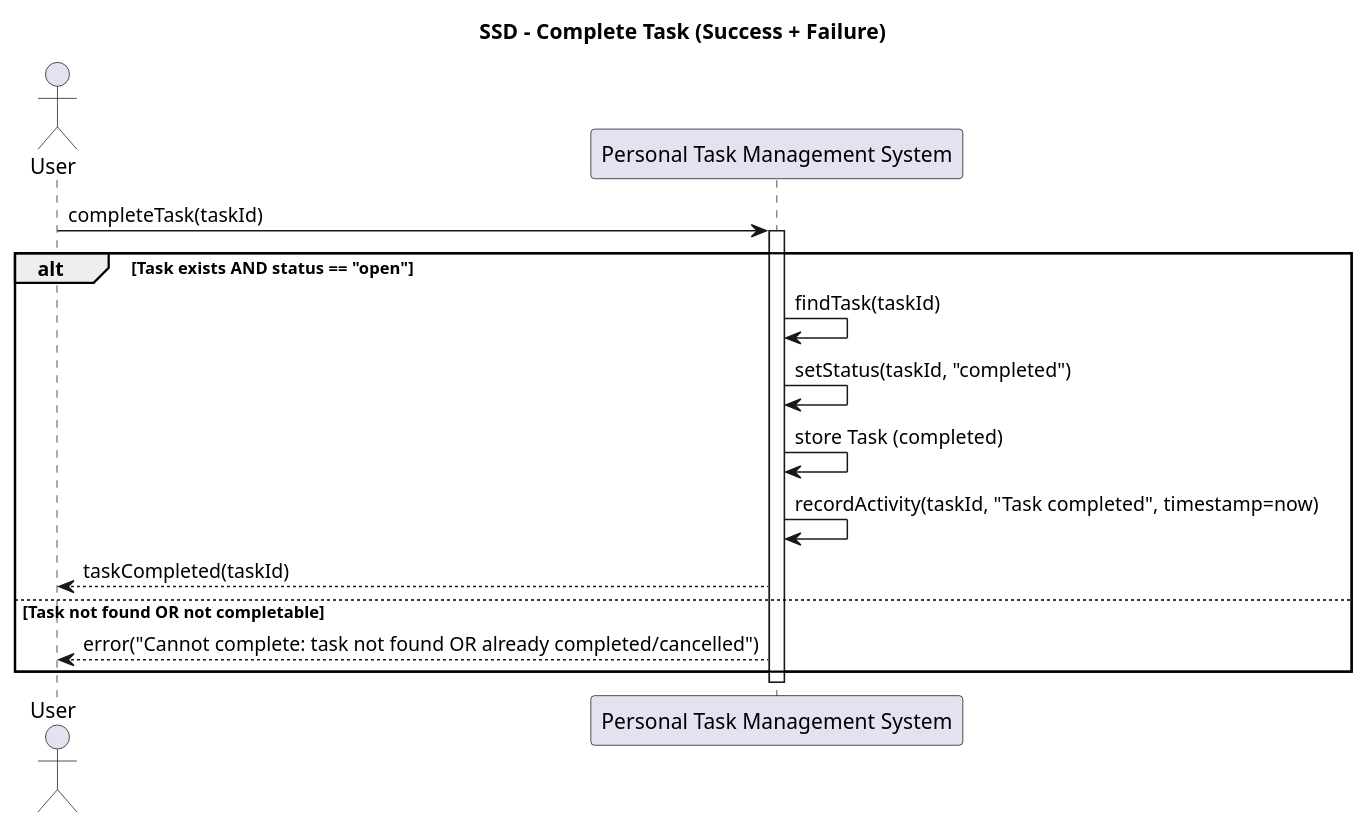
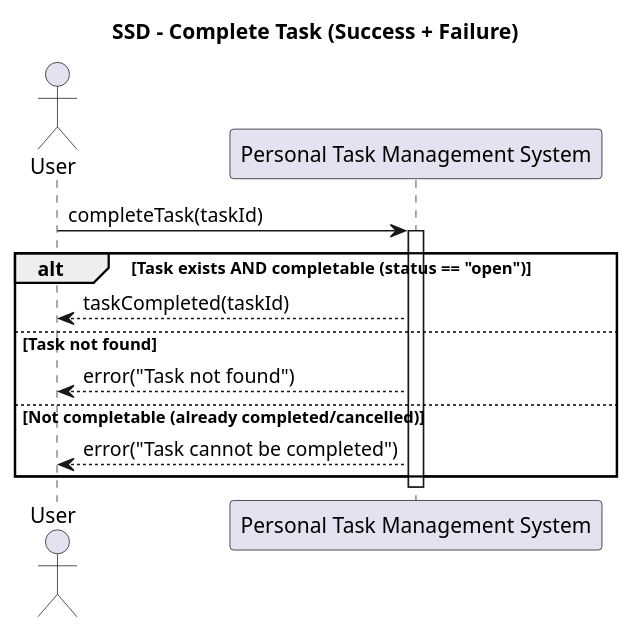
One commit to t-mandam/SOEN_342_Group_Project changed the diagram in Iteration_01/SSD/complete_task_ssd.plantuml. Above: the diagram before and after it, drawn with PlantUML.

```diff
--- a/Iteration_01/SSD/complete_task_ssd.plantuml
+++ b/Iteration_01/SSD/complete_task_ssd.plantuml
@@ -1,21 +1,19 @@
 @startuml
 title SSD - Complete Task (Success + Failure)
 
 actor User
 participant "Personal Task Management System" as System
 
 User -> System: completeTask(taskId)
 activate System
 
-alt Task exists AND status == "open"
-  System -> System: findTask(taskId)
-  System -> System: setStatus(taskId, "completed")
-  System -> System: store Task (completed)
-  System -> System: recordActivity(taskId, "Task completed", timestamp=now)
+alt Task exists AND completable (status == "open")
   System --> User: taskCompleted(taskId)
-else Task not found OR not completable
-  System --> User: error("Cannot complete: task not found OR already completed/cancelled")
+else Task not found
+  System --> User: error("Task not found")
+else Not completable (already completed/cancelled)
+  System --> User: error("Task cannot be completed")
 end
 
 deactivate System
 @enduml
```
